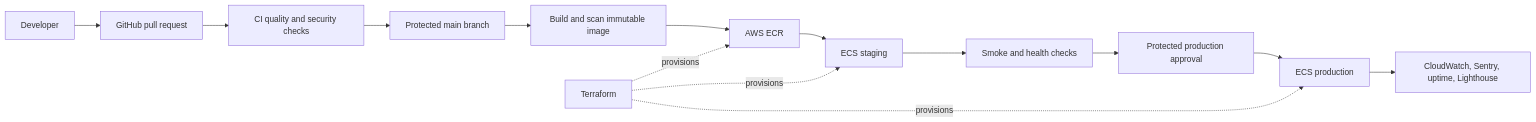
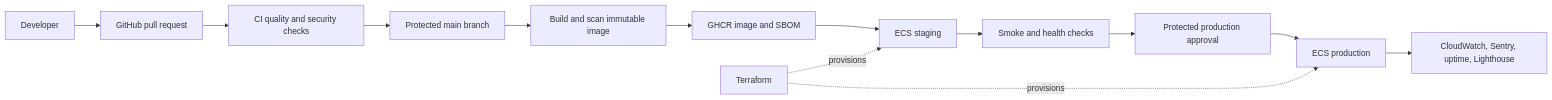
One commit to DAKUsir/My_portfolio changed the second of 2 diagrams in docs/ARCHITECTURE.md. Above: the diagram before and after it, drawn with Mermaid. The commit also changed other lines of this file and 7 other files, not shown here.

````diff
--- a/docs/ARCHITECTURE.md
+++ b/docs/ARCHITECTURE.md
@@ -20,16 +20,15 @@
 ```mermaid
 flowchart LR
   Dev[Developer] --> PR[GitHub pull request]
   PR --> CI[CI quality and security checks]
   CI --> Main[Protected main branch]
   Main --> Image[Build and scan immutable image]
-  Image --> ECR[AWS ECR]
-  ECR --> Stage[ECS staging]
+  Image --> Registry[GHCR image and SBOM]
+  Registry --> Stage[ECS staging]
   Stage --> Smoke[Smoke and health checks]
   Smoke --> Approval[Protected production approval]
   Approval --> Prod[ECS production]
   Prod --> Observe[CloudWatch, Sentry, uptime, Lighthouse]
-  Terraform[Terraform] -. provisions .-> ECR
   Terraform -. provisions .-> Stage
   Terraform -. provisions .-> Prod
 ```
````
